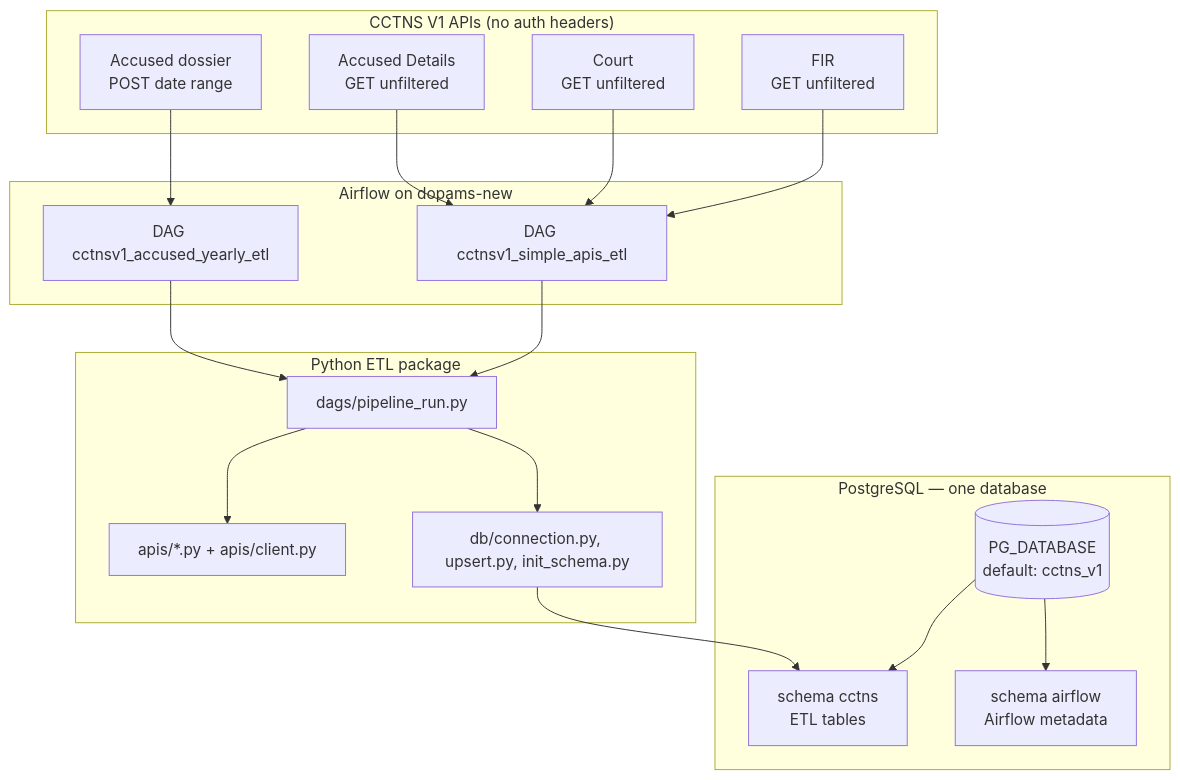
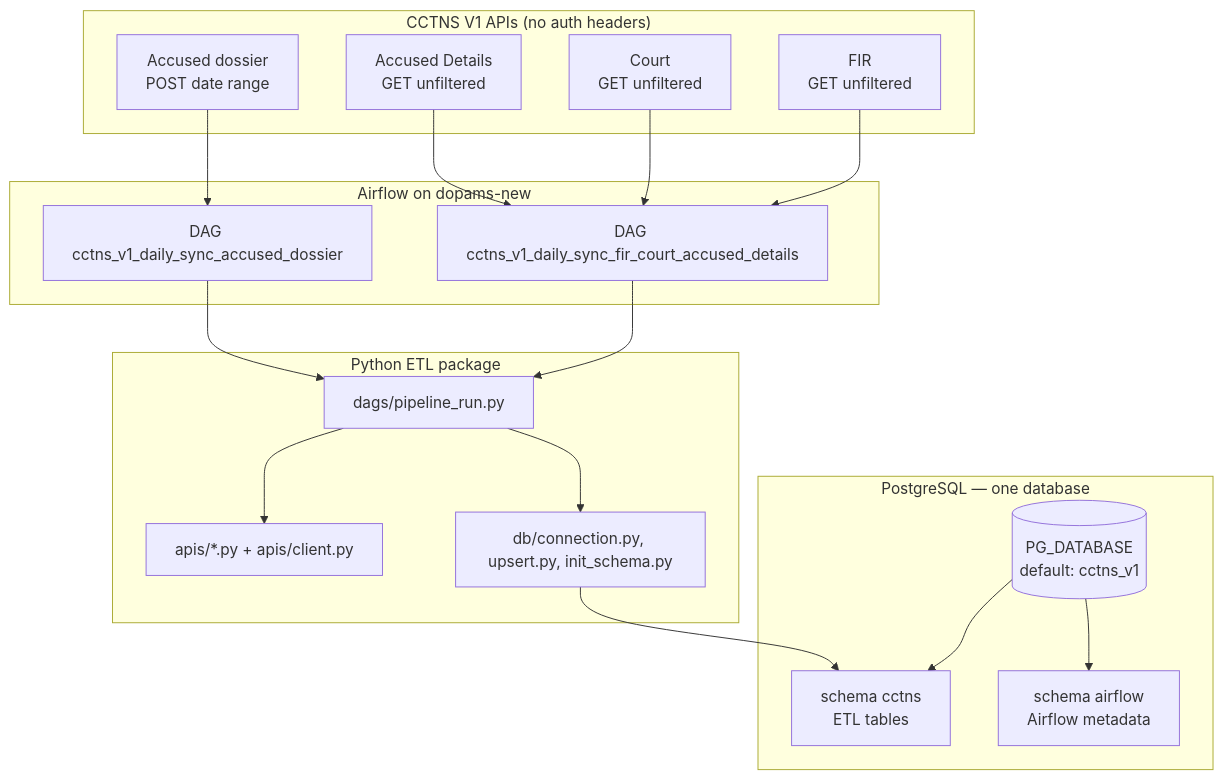
Before and after one commit to ashish-ratna-bcss/DOPAMS-ETL: the second of 7 diagrams in cctns-v1/CCTNSV1_DAILY_ETL_RUN/pipeline.md, drawn with Mermaid. The commit also changed other lines of this file and 9 other files, not shown here.

First line of the commit message:
feat(cctns-v1): clearer DAG names, upstream wait, pinned Airflow keys

````diff
--- a/cctns-v1/CCTNSV1_DAILY_ETL_RUN/pipeline.md
+++ b/cctns-v1/CCTNSV1_DAILY_ETL_RUN/pipeline.md
@@ -65,35 +65,35 @@
 ```mermaid
 flowchart TB
     subgraph APIs["CCTNS V1 APIs (no auth headers)"]
         A1["FIR\nGET unfiltered"]
         A2["Court\nGET unfiltered"]
         A3["Accused Details\nGET unfiltered"]
         A4["Accused dossier\nPOST date range"]
     end
 
     subgraph Airflow["Airflow on dopams-new"]
-        D1["DAG cctnsv1_simple_apis_etl"]
-        D2["DAG cctnsv1_accused_yearly_etl"]
+        D1["DAG cctns_v1_daily_sync_fir_court_accused_details"]
+        D2["DAG cctns_v1_daily_sync_accused_dossier"]
     end
 
     subgraph Code["Python ETL package"]
         APIS["apis/*.py + apis/client.py"]
         PIPE["dags/pipeline_run.py"]
         DBL["db/connection.py, upsert.py, init_schema.py"]
     end
 
     subgraph Postgres["PostgreSQL — one database"]
         DB[("PG_DATABASE\ndefault: cctns_v1")]
         S1["schema cctns\nETL tables"]
         S2["schema airflow\nAirflow metadata"]
         DB --> S1
         DB --> S2
     end
 
     A1 & A2 & A3 --> D1
     A4 --> D2
     D1 & D2 --> PIPE
     PIPE --> APIS
     PIPE --> DBL
     DBL --> S1
 ```
````
